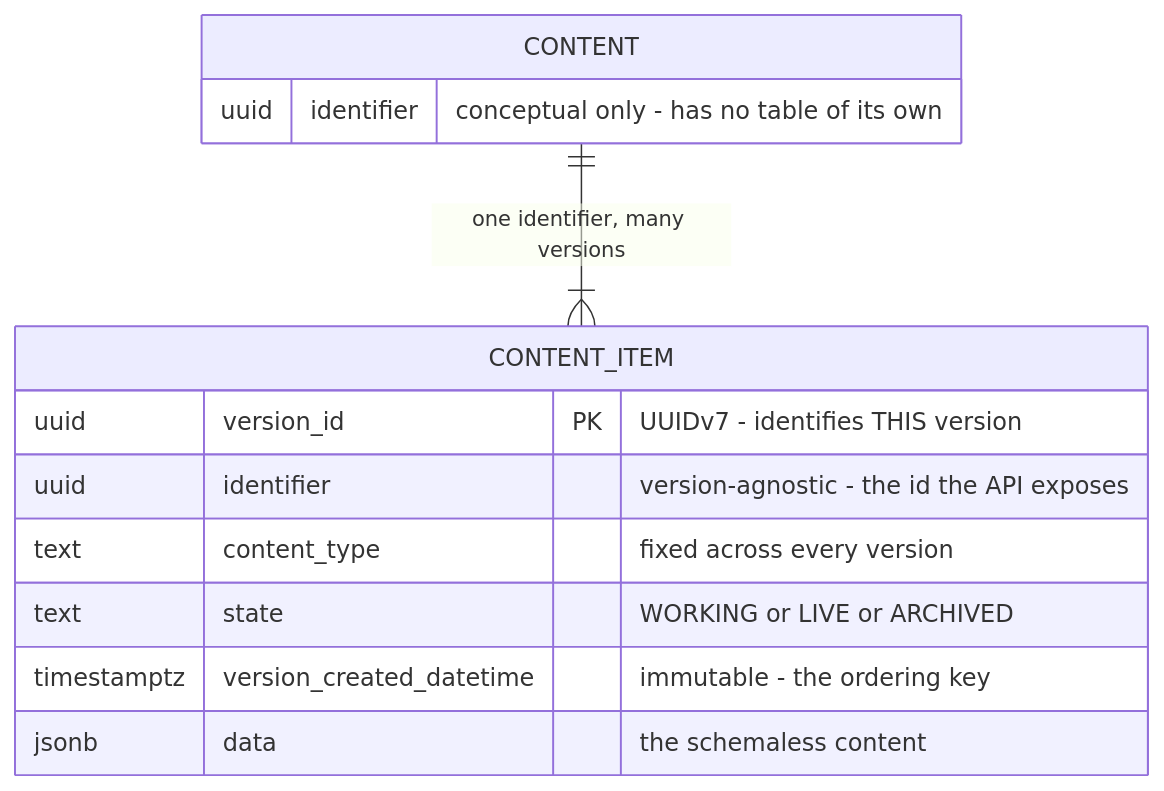
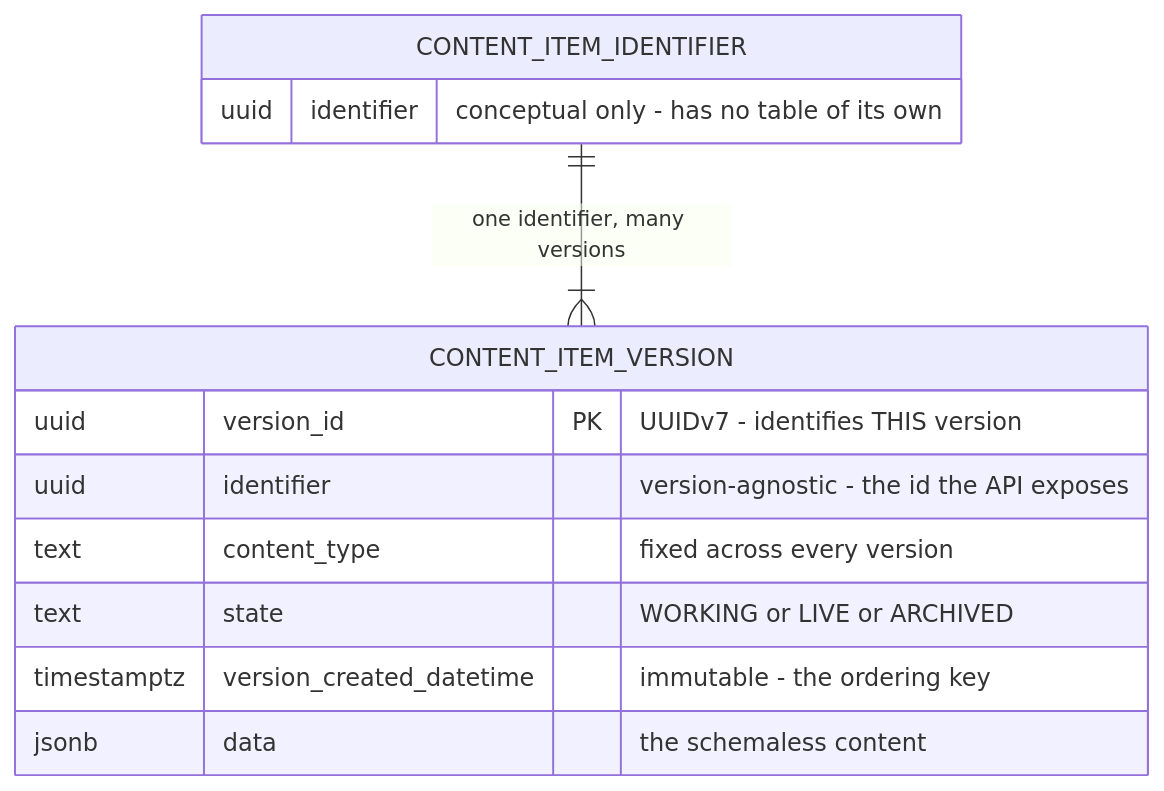
Before and after one commit to PaulDMooney/Contented_Java: the first of 7 diagrams in docs/content-model.md, drawn with Mermaid. The commit also changed other lines of this file and 40 other files, not shown here.

First line of the commit message:
refactor: rename content_item table/entity/DTOs to content_item_version

````diff
--- a/docs/content-model.md
+++ b/docs/content-model.md
@@ -15,17 +16,17 @@
 ```mermaid
 erDiagram
-    CONTENT ||--|{ CONTENT_ITEM : "one identifier, many versions"
+    CONTENT_ITEM_IDENTIFIER ||--|{ CONTENT_ITEM_VERSION : "one identifier, many versions"
 
-    CONTENT {
+    CONTENT_ITEM_IDENTIFIER {
         uuid identifier "conceptual only - has no table of its own"
     }
 
-    CONTENT_ITEM {
+    CONTENT_ITEM_VERSION {
         uuid version_id PK "UUIDv7 - identifies THIS version"
         uuid identifier "version-agnostic - the id the API exposes"
         text content_type "fixed across every version"
         text state "WORKING or LIVE or ARCHIVED"
         timestamptz version_created_datetime "immutable - the ordering key"
         jsonb data "the schemaless content"
     }
 ```
````
